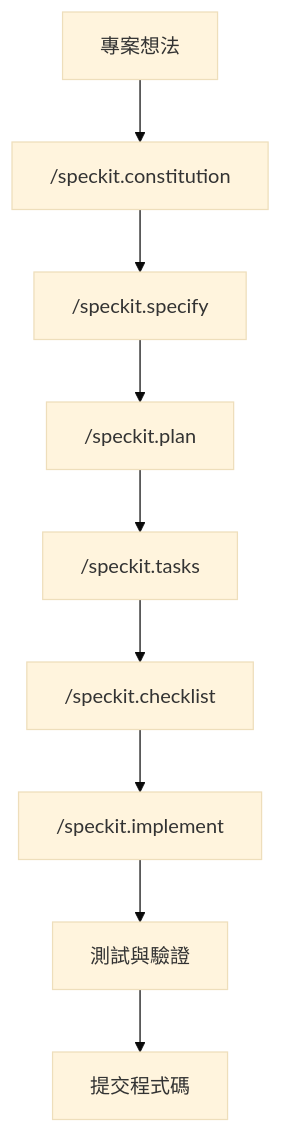
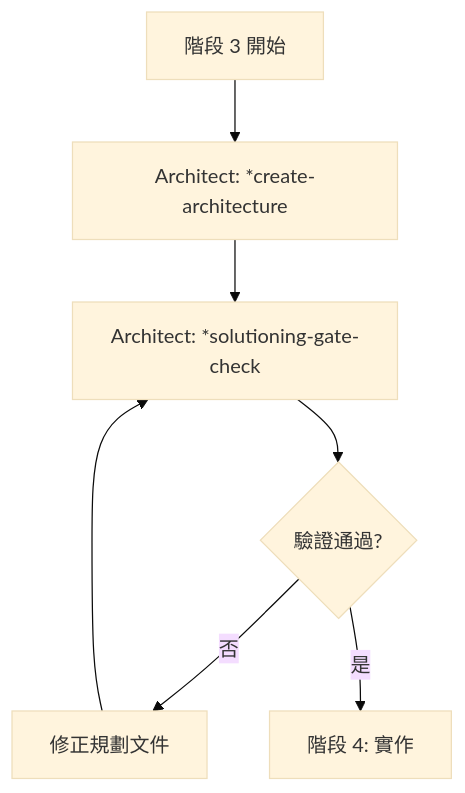
The fourth of 5 diagrams in README.md (jamesjantw/vibe_coding), drawn with Mermaid (base theme) before and after one commit. The commit also changed other lines of this file and 435 other files, not shown here.

````diff
--- a/README.md
+++ b/README.md
@@ -221,11 +270,9 @@
 ```mermaid
 graph TD
-    A[專案想法] --> B["/speckit.constitution"]
-    B --> C["/speckit.specify"]
-    C --> D["/speckit.plan"]
-    D --> E["/speckit.tasks"]
-    E --> F["/speckit.checklist"]
-    F --> G["/speckit.implement"]
-    G --> H[測試與驗證]
-    H --> I[提交程式碼]
+    A[階段 3 開始] --> B[Architect: *create-architecture]
+    B --> C[Architect: *solutioning-gate-check]
+    C --> D{驗證通過?}
+    D -->|否| E[修正規劃文件]
+    E --> C
+    D -->|是| F[階段 4: 實作]
 ```
````
